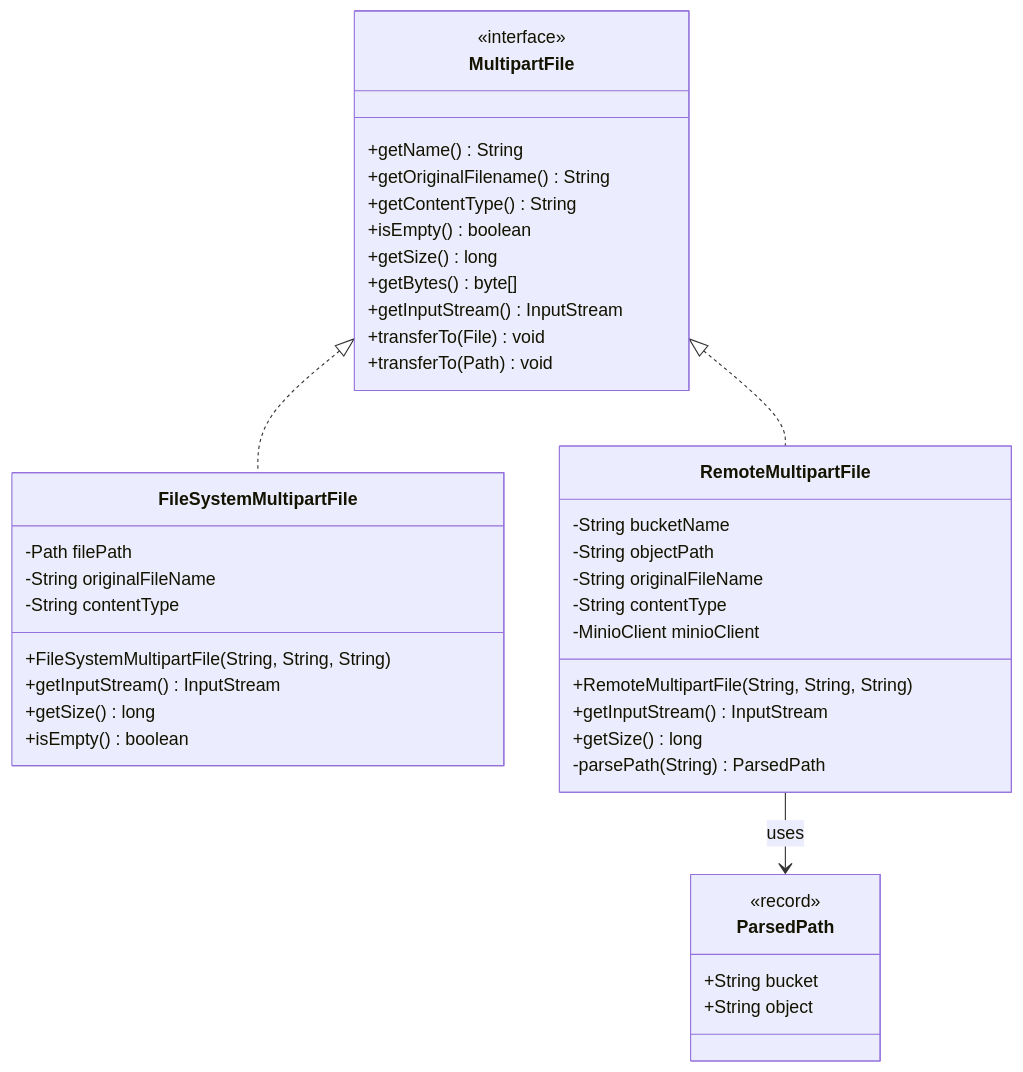
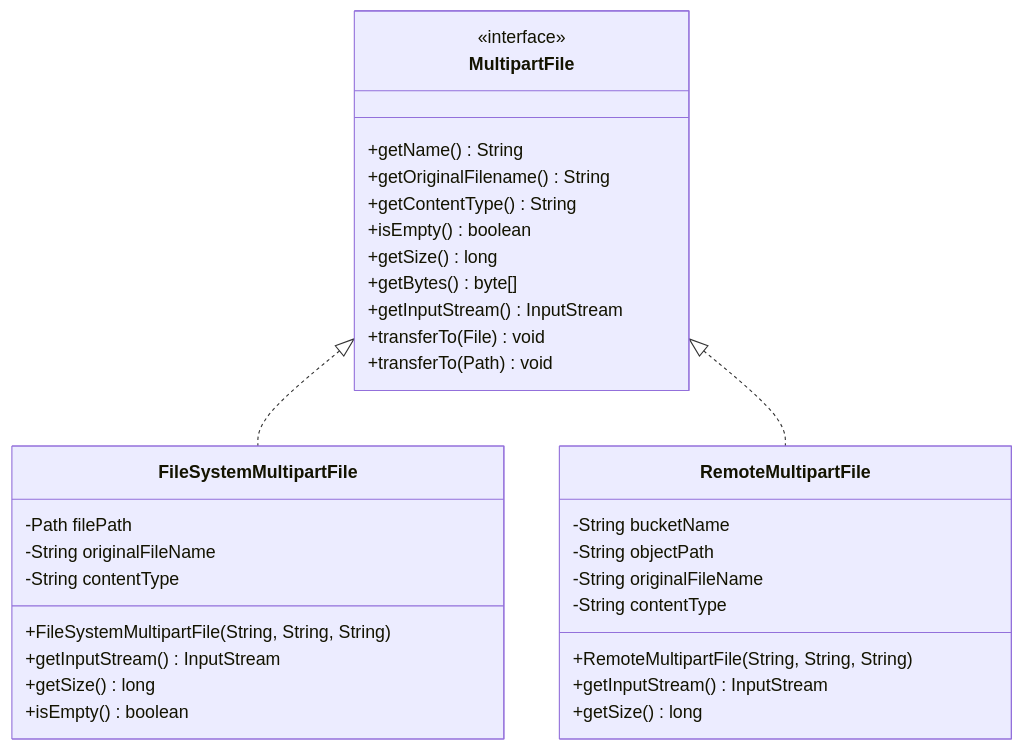
Diagram 16 of 27 in docs/Low Level Designs/NodesImport.md (kagit00/schedule_x), drawn with Mermaid before and after one commit. The commit also changed other lines of this file and 7 other files, not shown here.

````diff
--- a/docs/Low Level Designs/NodesImport.md
+++ b/docs/Low Level Designs/NodesImport.md
@@ -824,47 +705,38 @@
 ```mermaid
 classDiagram
     class MultipartFile {
         <<interface>>
         +getName() String
         +getOriginalFilename() String
         +getContentType() String
         +isEmpty() boolean
         +getSize() long
         +getBytes() byte[]
         +getInputStream() InputStream
         +transferTo(File) void
         +transferTo(Path) void
     }
     
     class FileSystemMultipartFile {
         -Path filePath
         -String originalFileName
         -String contentType
         +FileSystemMultipartFile(String, String, String)
         +getInputStream() InputStream
         +getSize() long
         +isEmpty() boolean
     }
     
     class RemoteMultipartFile {
         -String bucketName
         -String objectPath
         -String originalFileName
         -String contentType
-        -MinioClient minioClient
         +RemoteMultipartFile(String, String, String)
         +getInputStream() InputStream
         +getSize() long
-        -parsePath(String) ParsedPath
-    }
-    
-    class ParsedPath {
-        <<record>>
-        +String bucket
-        +String object
     }
     
     MultipartFile <|.. FileSystemMultipartFile
     MultipartFile <|.. RemoteMultipartFile
-    RemoteMultipartFile --> ParsedPath : uses
 ```
````
